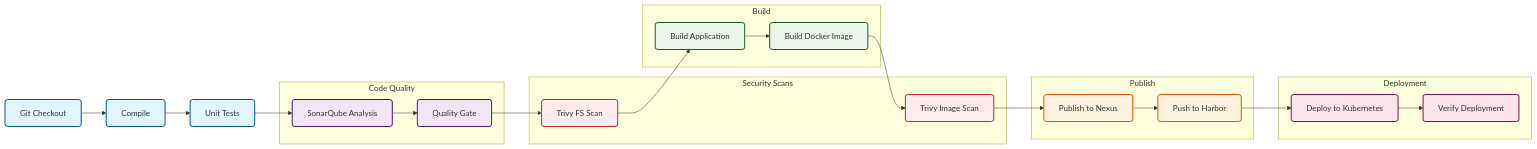
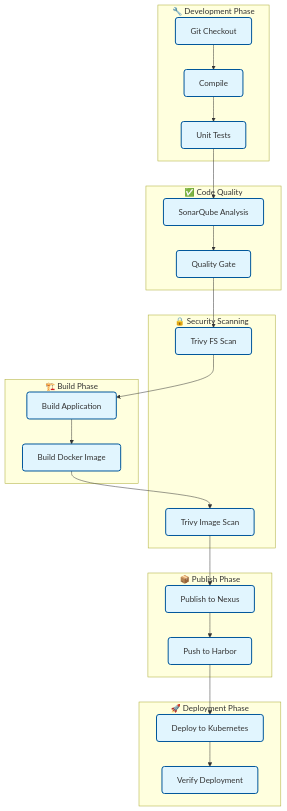
Before and after one commit to sysops8/devops-pipeline-proxmox: the first of 2 diagrams in readme_ngrok_v2.1.md, drawn with Mermaid.

````diff
--- a/readme_ngrok_v2.1.md
+++ b/readme_ngrok_v2.1.md
@@ -49,56 +49,56 @@
 ```mermaid
-graph LR
+graph TD
     A[Git Checkout] --> B[Compile]
     B --> C[Unit Tests]
     C --> D[SonarQube Analysis]
     D --> E[Quality Gate]
     E --> F[Trivy FS Scan]
     F --> G[Build Application]
     G --> H[Build Docker Image]
     H --> I[Trivy Image Scan]
     I --> J[Publish to Nexus]
     J --> K[Push to Harbor]
     K --> L[Deploy to Kubernetes]
     L --> M[Verify Deployment]
     
     %% Группировка по категориям
-    subgraph "Code Quality"
+    subgraph "🔧 Development Phase"
+        A
+        B
+        C
+    end
+    
+    subgraph "✅ Code Quality"
         D
         E
     end
     
-    subgraph "Security Scans"
+    subgraph "🔒 Security Scanning"
         F
         I
     end
     
-    subgraph "Build"
+    subgraph "🏗️ Build Phase"
         G
         H
     end
     
-    subgraph "Publish"
+    subgraph "📦 Publish Phase"
         J
         K
     end
     
-    subgraph "Deployment"
+    subgraph "🚀 Deployment Phase"
         L
         M
     end
     
     %% Стили для блоков
     classDef default fill:#e1f5fe,stroke:#01579b,stroke-width:2px,rx:5,ry:5
-    classDef quality fill:#f3e5f5,stroke:#4a148c,stroke-width:2px
-    classDef security fill:#ffebee,stroke:#c62828,stroke-width:2px
-    classDef build fill:#e8f5e8,stroke:#1b5e20,stroke-width:2px
-    classDef publish fill:#fff3e0,stroke:#e65100,stroke-width:2px
-    classDef deploy fill:#fce4ec,stroke:#880e4f,stroke-width:2px
-    
-    class A,B,C default
-    class D,E quality
-    class F,I security
-    class G,H build
-    class J,K publish
-    class L,M deploy
+    classDef dev fill:#bbdefb,stroke:#1565c0,stroke-width:2px
+    classDef quality fill:#e1bee7,stroke:#7b1fa2,stroke-width:2px
+    classDef security fill:#ffcdd2,stroke:#d32f2f,stroke-width:2px
+    classDef build fill:#c8e6c9,stroke:#388e3c,stroke-width:2px
+    classDef publish fill:#ffe0b2,stroke:#f57c00,stroke-width:2px
+    classDef deploy fill:#
 ```
````
